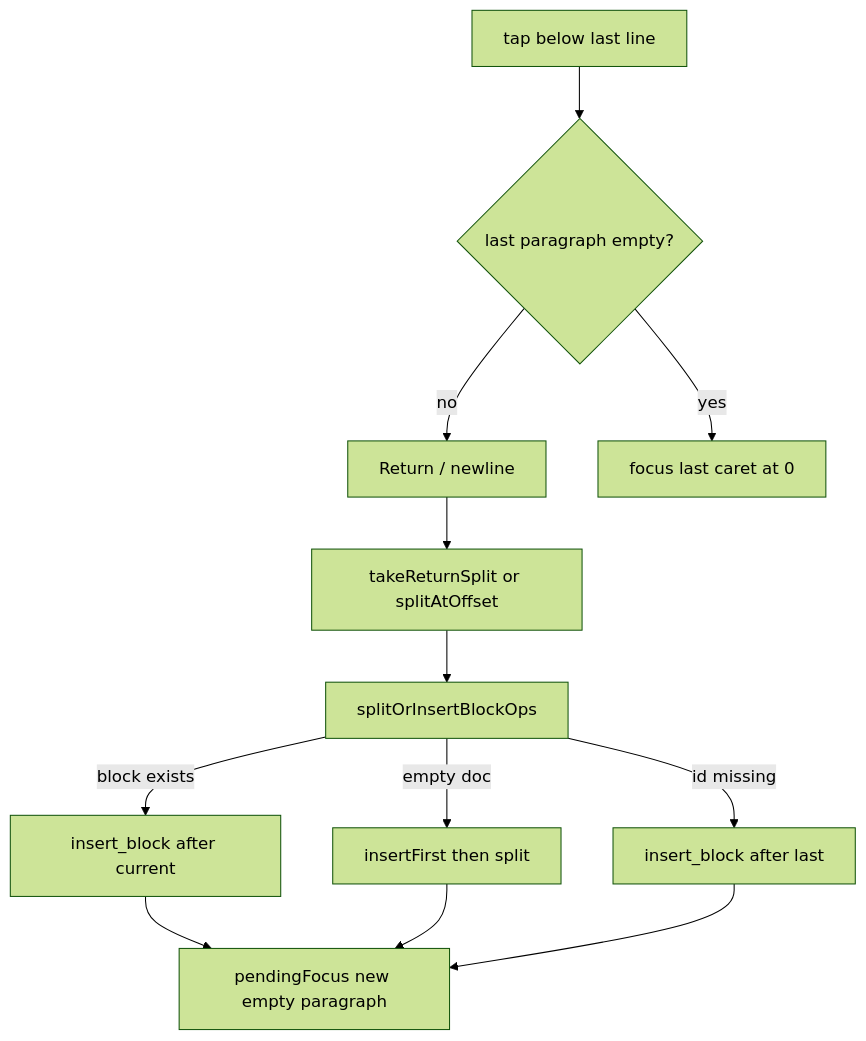
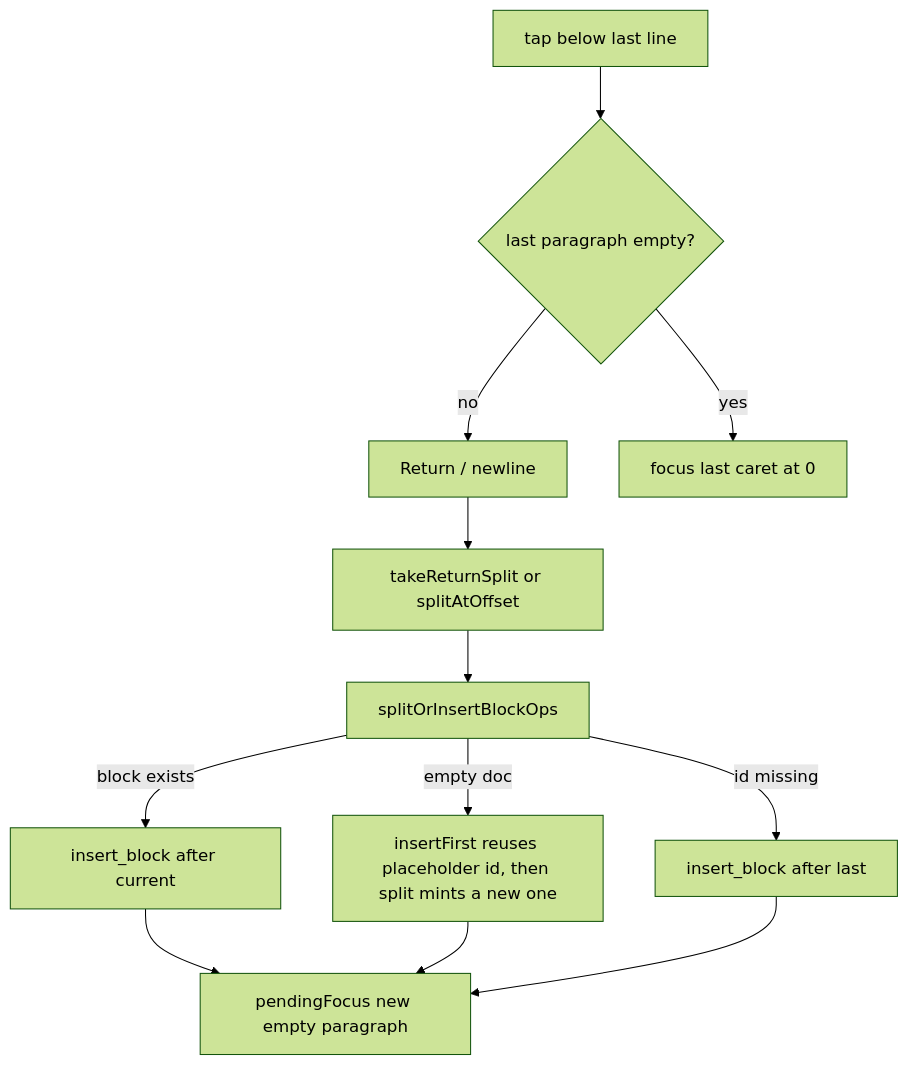
Before and after one commit to 007jedgar/Ciciro: the fourth of 10 diagrams in docs/mobile-editor-flows.md, drawn with Mermaid (forest theme). The commit also changed other lines of this file and 26 other files, not shown here.

````diff
--- a/docs/mobile-editor-flows.md
+++ b/docs/mobile-editor-flows.md
@@ -90,14 +90,14 @@
 ```mermaid
 flowchart TD
   RET["Return / newline"] --> SPLIT["takeReturnSplit or splitAtOffset"]
   SPLIT --> OPS["splitOrInsertBlockOps"]
   OPS -->|"block exists"| NEW["insert_block after current"]
-  OPS -->|"empty doc"| FIRST["insertFirst then split"]
+  OPS -->|"empty doc"| FIRST["insertFirst reuses placeholder id, then split mints a new one"]
   OPS -->|"id missing"| AFTER["insert_block after last"]
   NEW --> FOCUS["pendingFocus new empty paragraph"]
   FIRST --> FOCUS
   AFTER --> FOCUS
   TAP["tap below last line"] --> LAST{"last paragraph empty?"}
   LAST -->|"yes"| FOCUSLAST["focus last caret at 0"]
   LAST -->|"no"| RET
 ```
````
